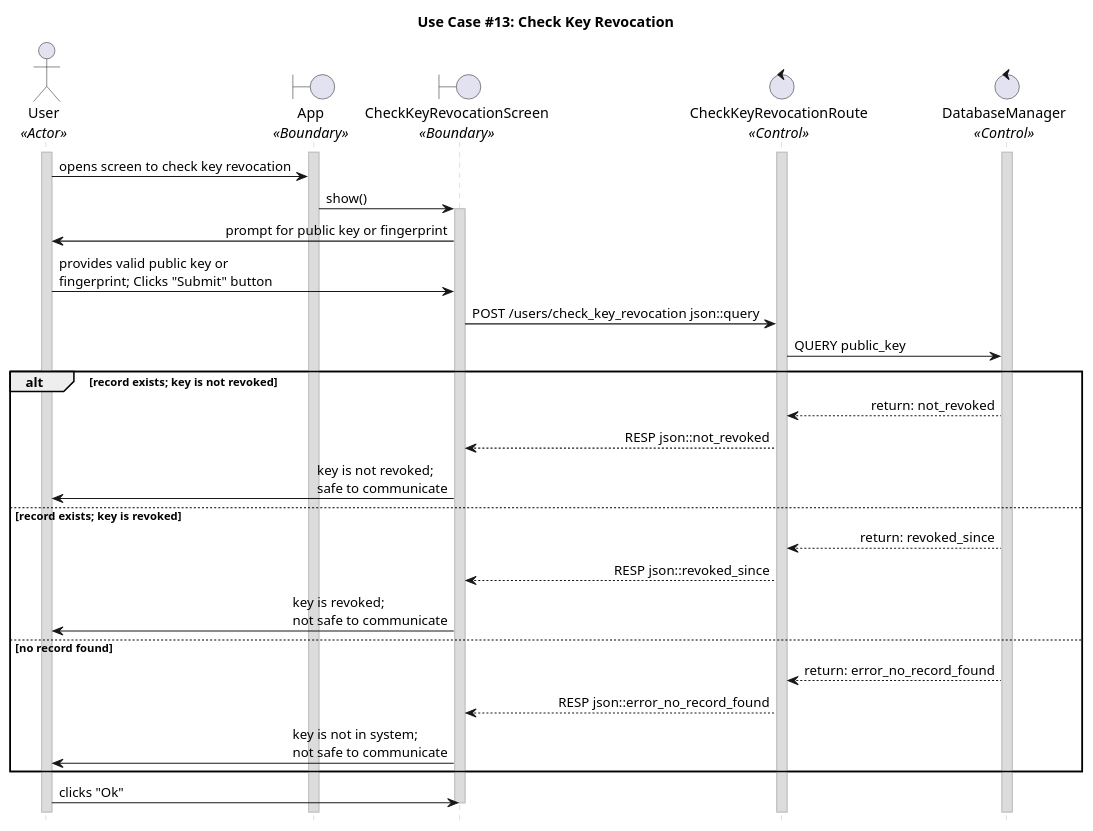
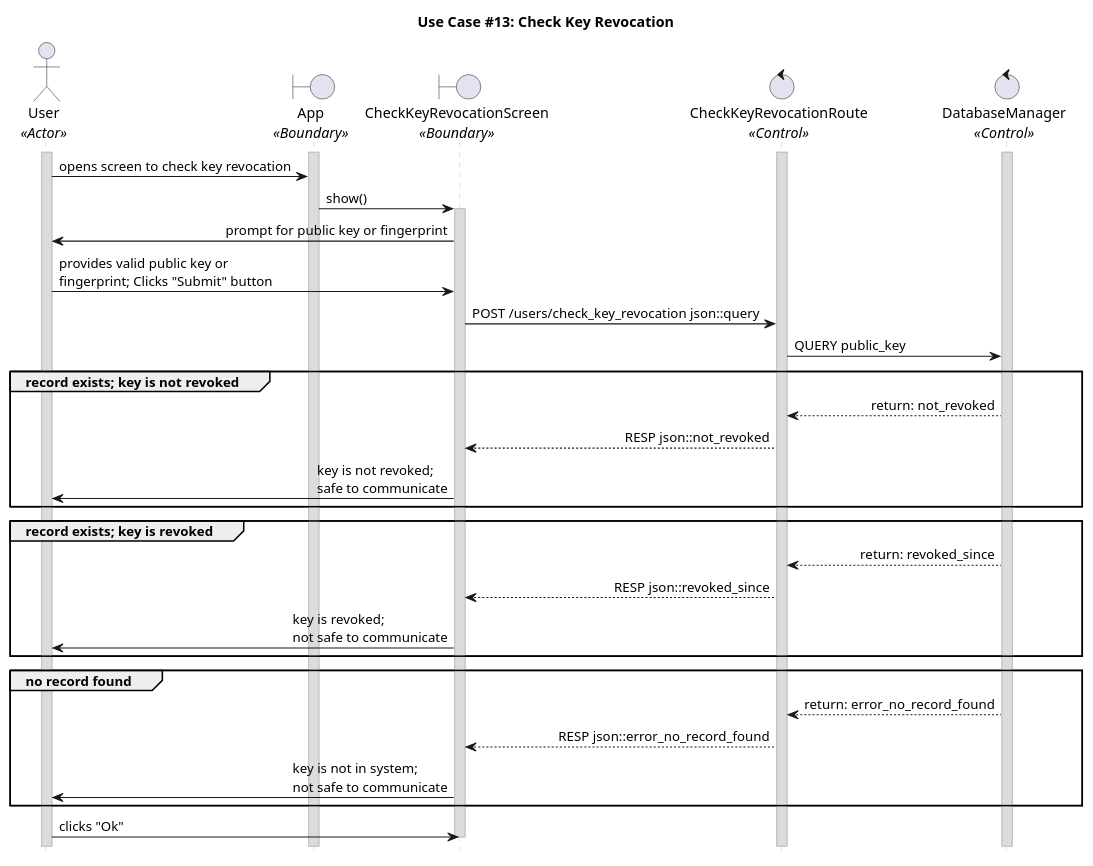
One commit to CECS-491-SP24-Group-1/seq-diagrams changed the diagram in uc_13.puml. Above: the diagram before and after it, drawn with PlantUML. The commit also changed 2 other files, not shown here.

Commit message:
Use `group` instead of `alt`; clone for comparison

```diff
--- a/uc_13.puml
+++ b/uc_13.puml
@@ -1,65 +1,66 @@
 @startuml uc13
 title "Use Case #13: Check Key Revocation"
 
 'Styling goes here
 hide footbox
 skinparam stereotypePosition bottom
 skinparam sequenceMessageAlign direction
 skinparam sequence {
 	LifeLineBorderColor #Silver
 	LifeLineBackgroundColor #Gainsboro
 }
 
 'Setup the objects involved here
 actor User as u <<Actor>>
 boundary App as a <<Boundary>>
 boundary CheckKeyRevocationScreen as krs <<Boundary>>
 control CheckKeyRevocationRoute as krr <<Control>>
 control DatabaseManager as dbm <<Control>>
 
 'Setup persistent objects here
 activate u
 activate a
 activate krr
 activate dbm
 
 '--- FLOW OF CONTROL STARTS HERE ---
 'The user sends the key to the server.
 u -> a: opens screen to check key revocation
 a -> krs: show()
 activate krs
 krs -> u: prompt for public key or fingerprint
 u -> krs: provides valid public key or \nfingerprint; Clicks "Submit" button
 
 'The server queries the revocation database for the key.
 krs -> krr: POST /users/check_key_revocation json::query
 krr -> dbm: QUERY public_key
 
 'The server responds back with the revocation status of the key.
-alt record exists; key is not revoked
+group record exists; key is not revoked
 
 	dbm --> krr: return: not_revoked
 	krr --> krs: RESP json::not_revoked
 	krs -> u: key is not revoked; \nsafe to communicate
-
-else record exists; key is revoked
+end
+group record exists; key is revoked
 
 	dbm --> krr: return: revoked_since
 	krr --> krs: RESP json::revoked_since
 	krs -> u: key is revoked; \nnot safe to communicate
+end
 
 'If no response from the database, then “indeterminate” is sent instead.
-else no record found
+group no record found
 
 	dbm --> krr: return: error_no_record_found
 	krr --> krs: RESP json::error_no_record_found
 	krs -> u: key is not in system; \nnot safe to communicate
 
 end
 
 'Cleanup
 u -> krs: clicks "Ok"
 deactivate krs
 '--- FLOW OF CONTROL ENDS HERE   ---
 
 @enduml
```
